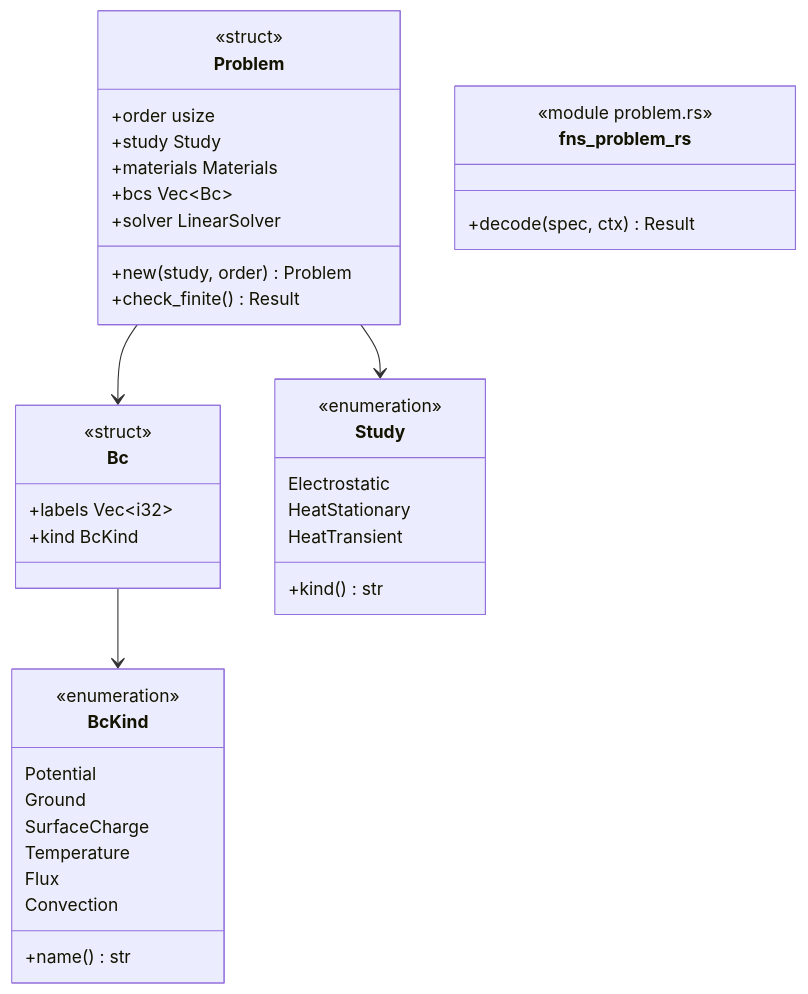
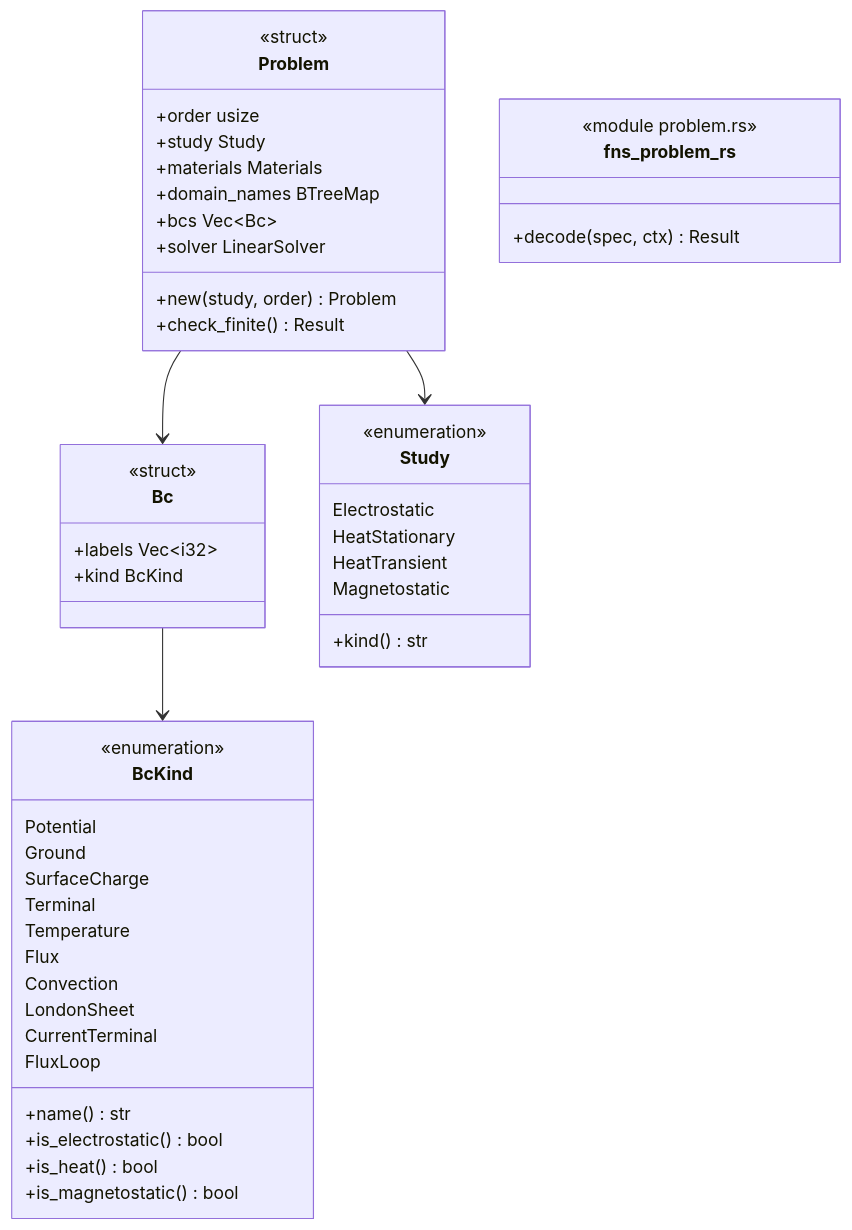
The diagram in docs/architecture/c4/4-code/dfs/problem.md (p-j-r/nyx), drawn with Mermaid before and after one commit. The commit also changed other lines of this file and 208 other files, not shown here.

````diff
--- a/docs/architecture/c4/4-code/dfs/problem.md
+++ b/docs/architecture/c4/4-code/dfs/problem.md
@@ -36,42 +37,51 @@
 ```mermaid
 classDiagram
   class BcKind {
       <<enumeration>>
       Potential
       Ground
       SurfaceCharge
+      Terminal
       Temperature
       Flux
       Convection
+      LondonSheet
+      CurrentTerminal
+      FluxLoop
       +name() str
+      +is_electrostatic() bool
+      +is_heat() bool
+      +is_magnetostatic() bool
   }
   class Bc {
       <<struct>>
       +labels Vec~i32~
       +kind BcKind
   }
   class Study {
       <<enumeration>>
       Electrostatic
       HeatStationary
       HeatTransient
+      Magnetostatic
       +kind() str
   }
   class Problem {
       <<struct>>
       +order usize
       +study Study
       +materials Materials
+      +domain_names BTreeMap
       +bcs Vec~Bc~
       +solver LinearSolver
       +new(study, order) Problem
       +check_finite() Result
   }
   class fns_problem_rs {
       <<module problem.rs>>
       +decode(spec, ctx) Result
   }
   Bc --> BcKind
   Problem --> Study
   Problem --> Bc
 ```
````
